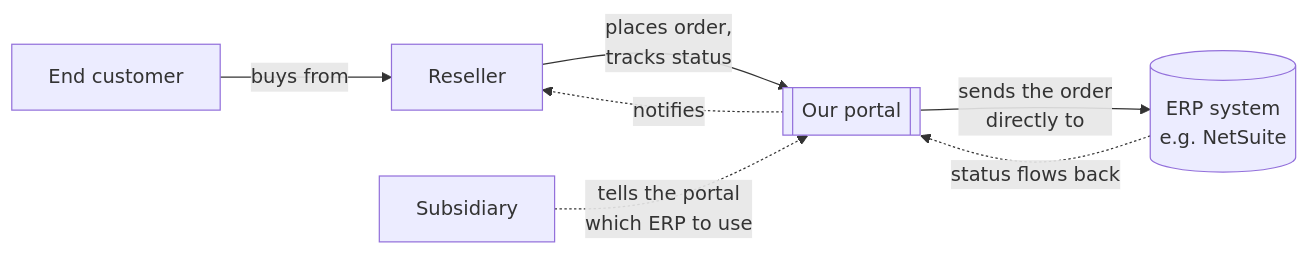
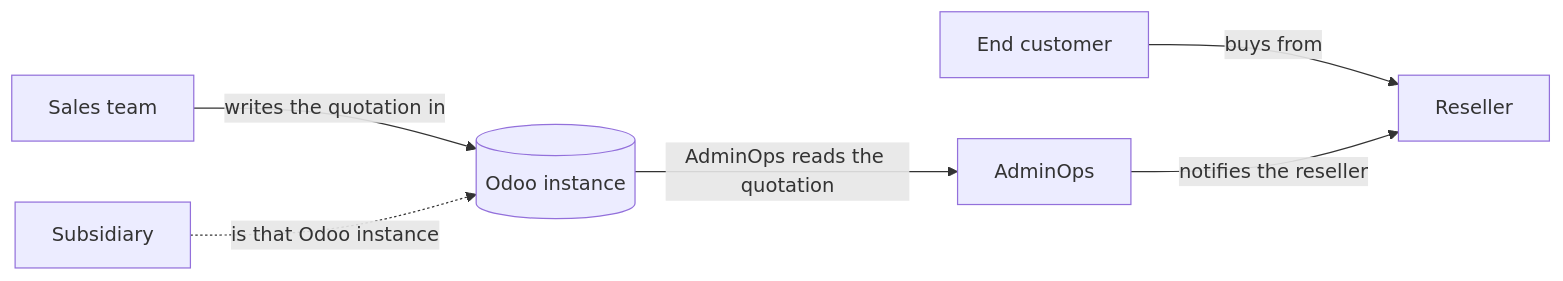
The first of 3 diagrams in docs/business-case.md (sridarsaikrishnan/AI-DLC-ERP-Supply-Chain-Order-Portal), drawn with Mermaid before and after one commit. The commit also changed other lines of this file and 50 other files, not shown here.

First line of the commit message:
Show every order and reseller notification in AdminOps.

````diff
--- a/docs/business-case.md
+++ b/docs/business-case.md
@@ -10,9 +9,8 @@
 ```mermaid
 flowchart LR
     EC[End customer] -->|buys from| R[Reseller]
-    R -->|places order,<br/>tracks status| P[["Our portal"]]
-    P -->|sends the order<br/>directly to| ERP[(ERP system<br/>e.g. NetSuite)]
-    S[Subsidiary] -.tells the portal<br/>which ERP to use.-> P
-    ERP -.status flows back.-> P
-    P -.notifies.-> R
+    Sales[Sales team] -->|writes the quotation in| ERP[(Odoo instance)]
+    ERP -->|AdminOps reads the quotation| P[AdminOps]
+    P -->|notifies the reseller| R
+    Sub[Subsidiary] -.->|is that Odoo instance| ERP
 ```
````
